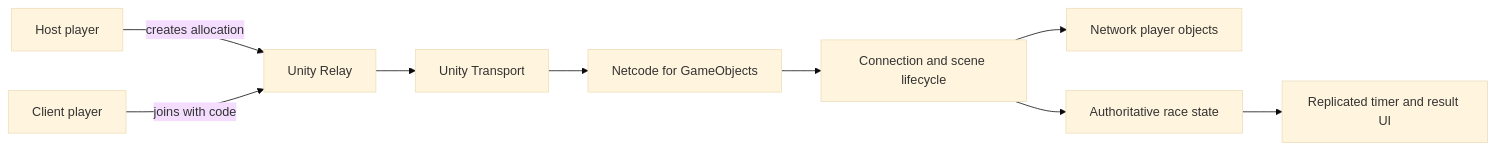
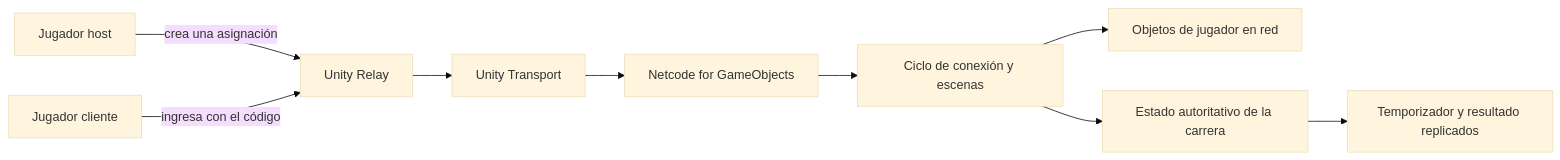
The first of 2 diagrams in docs/ARCHITECTURE.md (molinavtomas/lab-construccion-software-equipo-07), drawn with Mermaid (base theme) before and after one commit. The commit also changed other lines of this file and 3 other files, not shown here.

````diff
--- a/docs/ARCHITECTURE.md
+++ b/docs/ARCHITECTURE.md
@@ -7,11 +7,11 @@
 ```mermaid
 flowchart LR
-    Host[Host player] -->|creates allocation| Relay[Unity Relay]
-    Client[Client player] -->|joins with code| Relay
+    Host[Jugador host] -->|crea una asignación| Relay[Unity Relay]
+    Client[Jugador cliente] -->|ingresa con el código| Relay
     Relay --> Transport[Unity Transport]
     Transport --> NGO[Netcode for GameObjects]
-    NGO --> Session[Connection and scene lifecycle]
-    Session --> Players[Network player objects]
-    Session --> Race[Authoritative race state]
-    Race --> UI[Replicated timer and result UI]
+    NGO --> Session[Ciclo de conexión y escenas]
+    Session --> Players[Objetos de jugador en red]
+    Session --> Race[Estado autoritativo de la carrera]
+    Race --> UI[Temporizador y resultado replicados]
 ```
````
